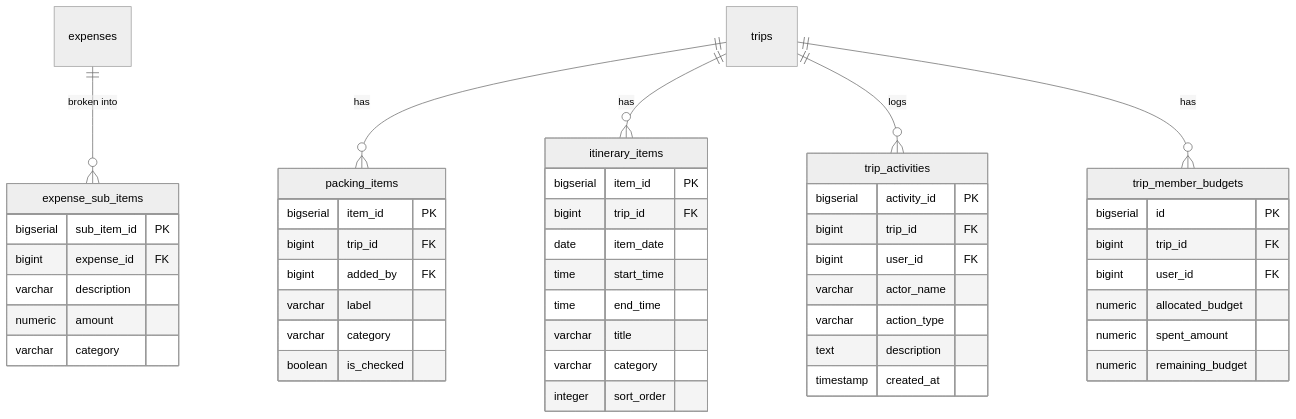
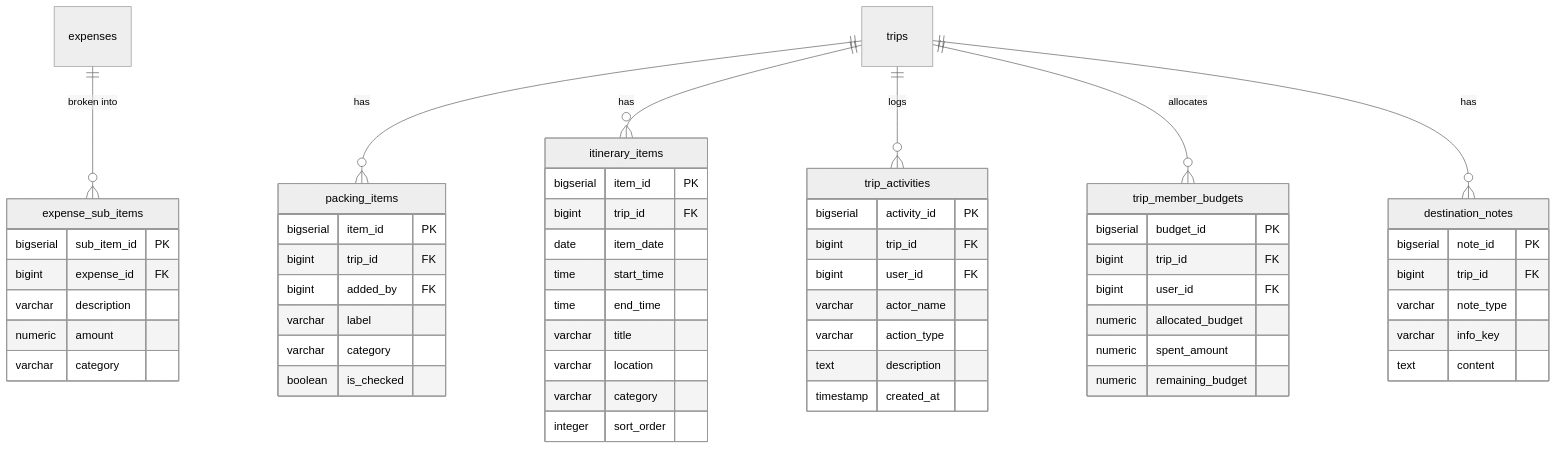
One commit to snsyaqirah/snsyaqirah.github.io changed the ninth of 16 diagrams in portfolio-react/public/docs/travelluhh.md. Above: the diagram before and after it, drawn with Mermaid (neutral theme). The commit also changed other lines of this file and 101 other files, not shown here.

````diff
--- a/portfolio-react/public/docs/travelluhh.md
+++ b/portfolio-react/public/docs/travelluhh.md
@@ -316,51 +328,60 @@
 ```mermaid
 erDiagram
     expenses ||--o{ expense_sub_items : "broken into"
     trips ||--o{ packing_items : "has"
     trips ||--o{ itinerary_items : "has"
     trips ||--o{ trip_activities : "logs"
-    trips ||--o{ trip_member_budgets : "has"
+    trips ||--o{ trip_member_budgets : "allocates"
+    trips ||--o{ destination_notes : "has"
 
     expense_sub_items {
         bigserial sub_item_id PK
         bigint expense_id FK
         varchar description
         numeric amount
         varchar category
     }
     packing_items {
         bigserial item_id PK
         bigint trip_id FK
         bigint added_by FK
         varchar label
         varchar category
         boolean is_checked
     }
     itinerary_items {
         bigserial item_id PK
         bigint trip_id FK
         date item_date
         time start_time
         time end_time
         varchar title
+        varchar location
         varchar category
         integer sort_order
     }
     trip_activities {
         bigserial activity_id PK
         bigint trip_id FK
         bigint user_id FK
         varchar actor_name
         varchar action_type
         text description
         timestamp created_at
     }
     trip_member_budgets {
-        bigserial id PK
+        bigserial budget_id PK
         bigint trip_id FK
         bigint user_id FK
         numeric allocated_budget
         numeric spent_amount
         numeric remaining_budget
     }
+    destination_notes {
+        bigserial note_id PK
+        bigint trip_id FK
+        varchar note_type
+        varchar info_key
+        text content
+    }
 ```
````
